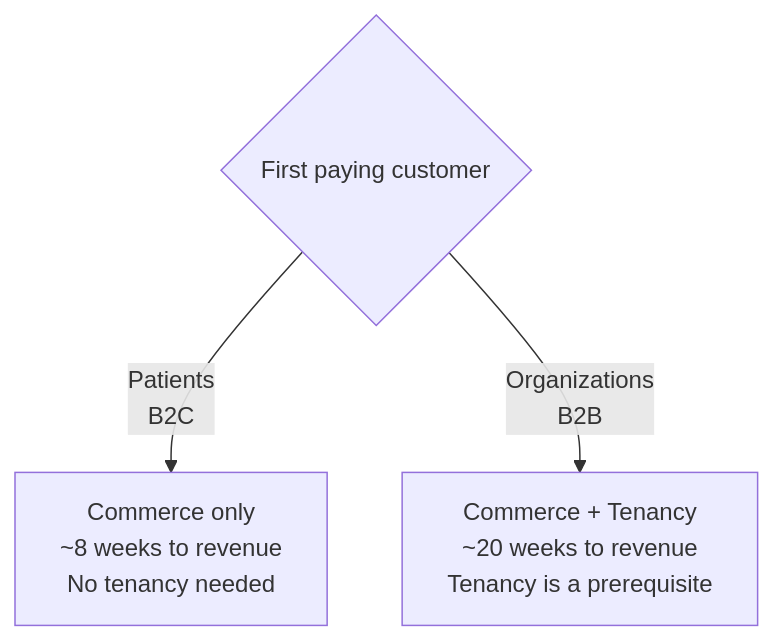
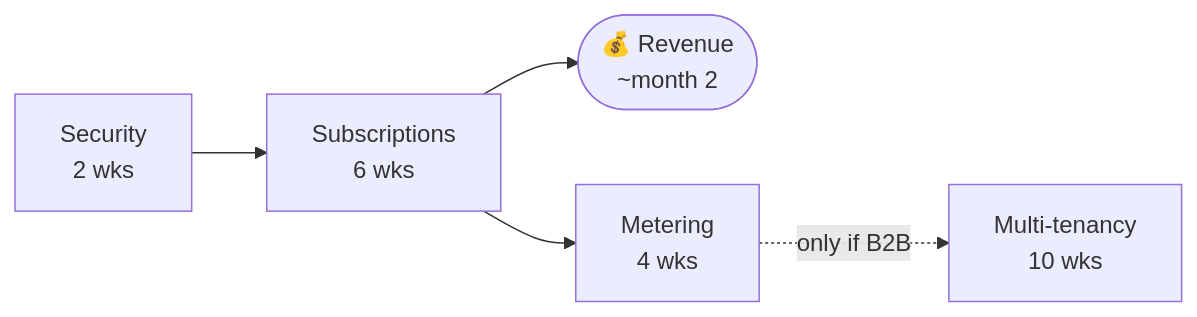
One commit to rajhekma/hekma-platform changed the fourth of 4 diagrams in docs/MONETIZATION_ROADMAP.md. Above: the diagram before and after it, drawn with Mermaid. The commit also changed other lines of this file, not shown here.

Commit message:
Simplify monetization roadmap: per-service design and timelines

````diff
--- a/docs/MONETIZATION_ROADMAP.md
+++ b/docs/MONETIZATION_ROADMAP.md
@@ -136,6 +111,7 @@
 ```mermaid
-flowchart TD
-    Q{First paying customer}
-    Q -->|Patients<br/>B2C| A["Commerce only<br/>~8 weeks to revenue<br/>No tenancy needed"]
-    Q -->|Organizations<br/>B2B| B["Commerce + Tenancy<br/>~20 weeks to revenue<br/>Tenancy is a prerequisite"]
+flowchart LR
+    P0["Security<br/>2 wks"] --> P1["Subscriptions<br/>6 wks"]
+    P1 --> REV(["💰 Revenue<br/>~month 2"])
+    P1 --> P2["Metering<br/>4 wks"]
+    P2 -.->|only if B2B| P3["Multi-tenancy<br/>10 wks"]
 ```
````
